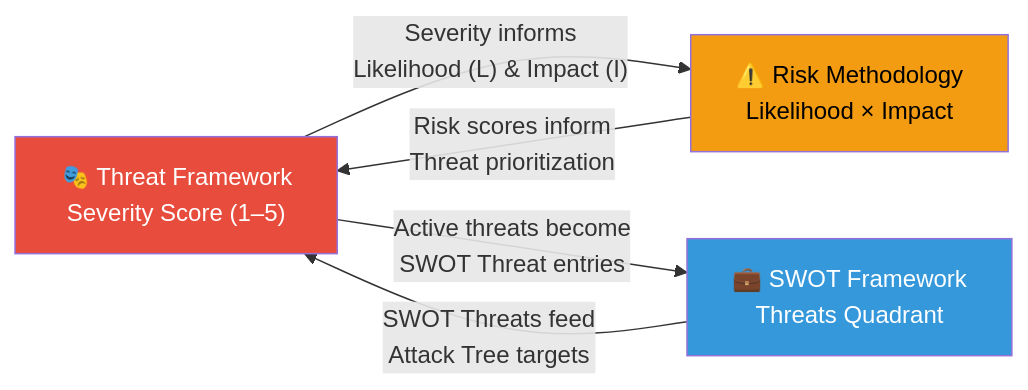
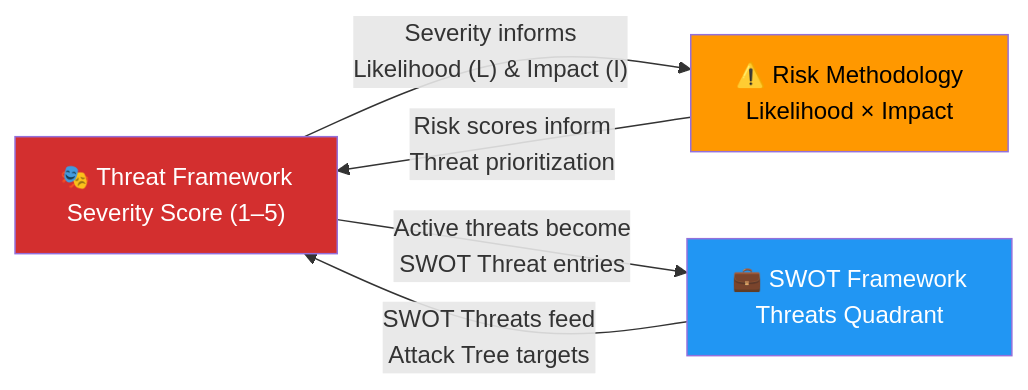
The tenth of 11 diagrams in analysis/methodologies/political-threat-framework.md (Hack23/riksdagsmonitor), drawn with Mermaid before and after one commit. The commit also changed other lines of this file and 14 other files, not shown here.

First line of the commit message:
Align analysis/ mermaid diagrams with ISMS Style Guide palette and convert SWOT to quadrantChart

````diff
--- a/analysis/methodologies/political-threat-framework.md
+++ b/analysis/methodologies/political-threat-framework.md
@@ -868,15 +868,15 @@
 ```mermaid
 flowchart LR
     T["🎭 Threat Framework<br/>Severity Score (1–5)"]
     R["⚠️ Risk Methodology<br/>Likelihood × Impact"]
     S["💼 SWOT Framework<br/>Threats Quadrant"]
 
     T -->|"Severity informs<br/>Likelihood (L) & Impact (I)"| R
     T -->|"Active threats become<br/>SWOT Threat entries"| S
     R -->|"Risk scores inform<br/>Threat prioritization"| T
     S -->|"SWOT Threats feed<br/>Attack Tree targets"| T
 
-    style T fill:#e74c3c,color:#fff
-    style R fill:#f39c12,color:#000
-    style S fill:#3498db,color:#fff
+    style T fill:#D32F2F,color:#FFFFFF
+    style R fill:#FF9800,color:#000000
+    style S fill:#2196F3,color:#FFFFFF
 ```
````
